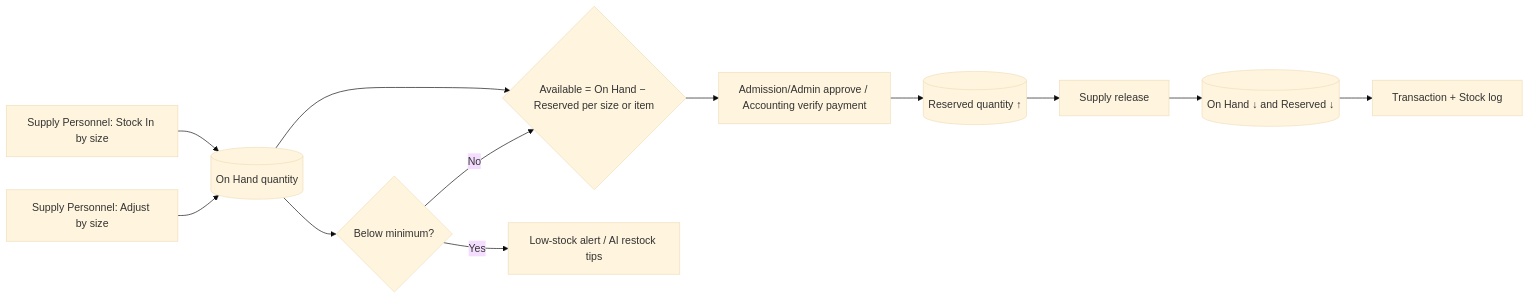
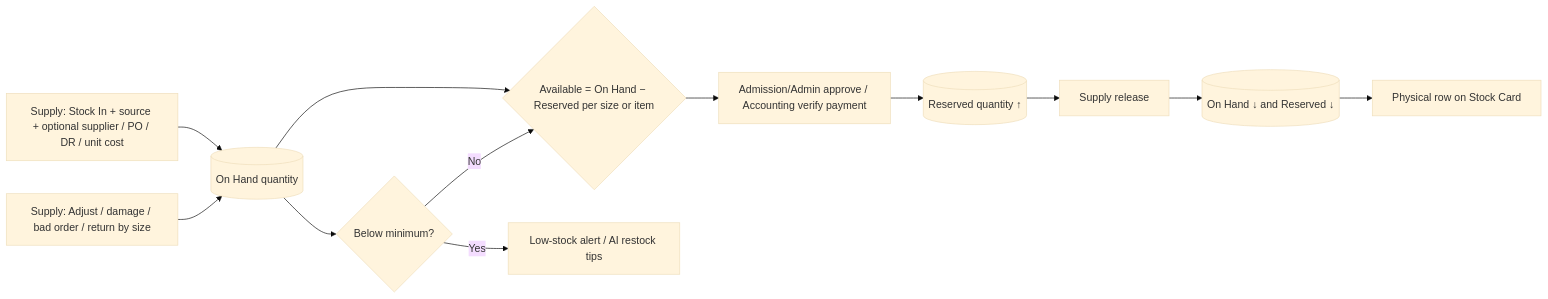
One commit to rhems95/PECIT-Smart-Inventory-System changed the fifth of 9 diagrams in docs/FLOWCHART.md. Above: the diagram before and after it, drawn with Mermaid (base theme). The commit also changed other lines of this file and 2 other files, not shown here.

First line of the commit message:
Update ER diagram and flowcharts for stock card and suppliers.

````diff
--- a/docs/FLOWCHART.md
+++ b/docs/FLOWCHART.md
@@ -147,14 +164,14 @@
 ```mermaid
 flowchart LR
-    A[Supply Personnel: Stock In by size] --> B[(On Hand quantity)]
-    C[Supply Personnel: Adjust by size] --> B
+    A[Supply: Stock In + source + optional supplier / PO / DR / unit cost] --> B[(On Hand quantity)]
+    C[Supply: Adjust / damage / bad order / return by size] --> B
     B --> D{Available = On Hand − Reserved per size or item}
     D --> E[Admission/Admin approve / Accounting verify payment]
     E --> F[(Reserved quantity ↑)]
     F --> G[Supply release]
     G --> H[(On Hand ↓ and Reserved ↓)]
-    H --> I[Transaction + Stock log]
+    H --> I[Physical row on Stock Card]
     B --> J{Below minimum?}
     J -->|Yes| K[Low-stock alert / AI restock tips]
     J -->|No| D
 ```
````
